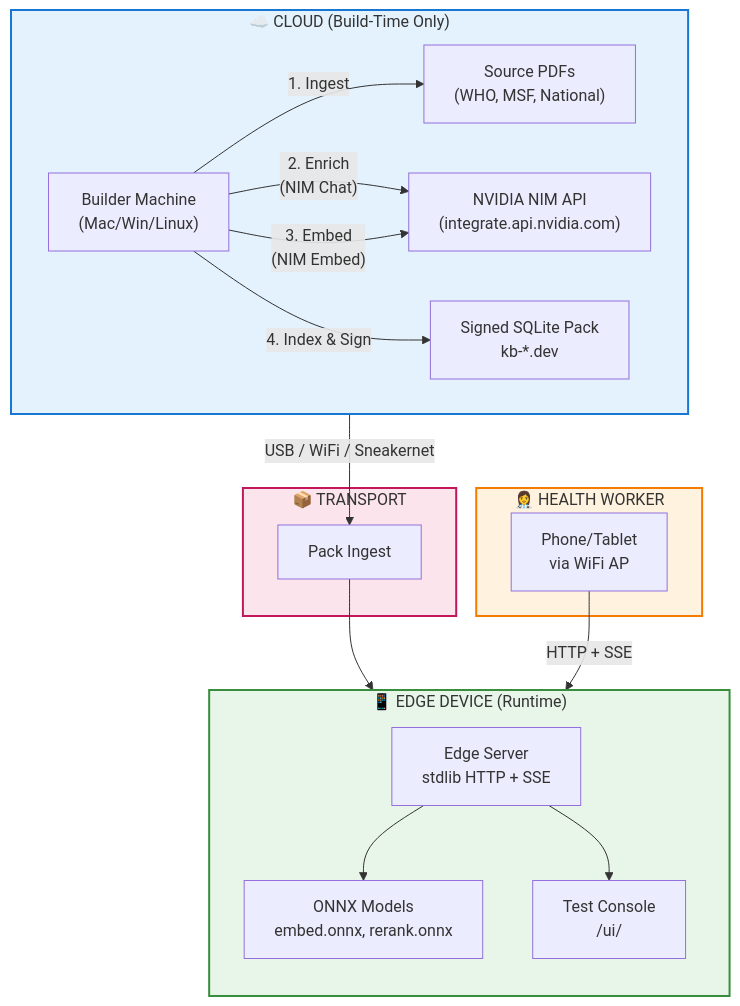
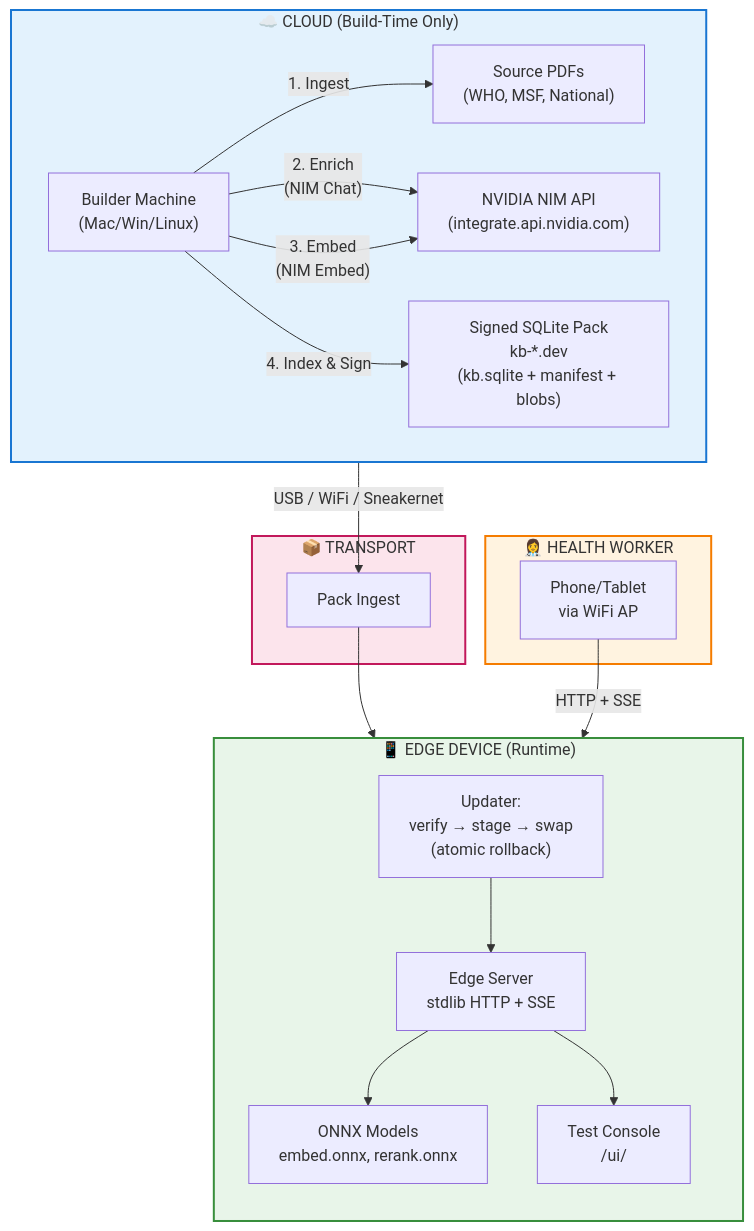
The first of 3 diagrams in docs/00-problem-statement.md (sai009/CMES-AI), drawn with Mermaid before and after one commit. The commit also changed other lines of this file, not shown here.

Commit message:
Fix architecture diagrams: model IDs, gates stage, atomic swap, abstain path

````diff
--- a/docs/00-problem-statement.md
+++ b/docs/00-problem-statement.md
@@ -36,40 +36,41 @@
 ```mermaid
 flowchart TB
     subgraph CLOUD["☁️ CLOUD (Build-Time Only)"]
         direction LR
         BUILDER["Builder Machine\n(Mac/Win/Linux)"]
         NIM["NVIDIA NIM API\n(integrate.api.nvidia.com)"]
         PDF["Source PDFs\n(WHO, MSF, National)"]
         
         BUILDER -->|"1. Ingest"| PDF
         BUILDER -->|"2. Enrich\n(NIM Chat)"| NIM
         BUILDER -->|"3. Embed\n(NIM Embed)"| NIM
-        BUILDER -->|"4. Index & Sign"| PACK["Signed SQLite Pack\nkb-*.dev"]
+        BUILDER -->|"4. Index & Sign"| PACK["Signed SQLite Pack\nkb-*.dev\n(kb.sqlite + manifest + blobs)"]
     end
 
     subgraph TRANSPORT["📦 TRANSPORT"]
         PACK -->|"USB / WiFi / Sneakernet"| EDGE_IN
     end
 
     subgraph EDGE["📱 EDGE DEVICE (Runtime)"]
         direction TB
         EDGE_IN["Pack Ingest"]
+        UPDATER["Updater:\nverify → stage → swap\n(atomic rollback)"]
         SERVER["Edge Server\nstdlib HTTP + SSE"]
         ONNX["ONNX Models\nembed.onnx, rerank.onnx"]
         UI["Test Console\n/ui/"]
         
-        EDGE_IN --> SERVER
+        EDGE_IN --> UPDATER --> SERVER
         SERVER --> ONNX
         SERVER --> UI
     end
 
     subgraph CLIENT["👩‍⚕️ HEALTH WORKER"]
         PHONE["Phone/Tablet\nvia WiFi AP"]
         PHONE -->|"HTTP + SSE"| UI
     end
 
     style CLOUD fill:#e3f2fd,stroke:#1976d2,stroke-width:2px
     style EDGE fill:#e8f5e9,stroke:#388e3c,stroke-width:2px
     style CLIENT fill:#fff3e0,stroke:#f57c00,stroke-width:2px
     style TRANSPORT fill:#fce4ec,stroke:#c2185b,stroke-width:2px
 ```
````
